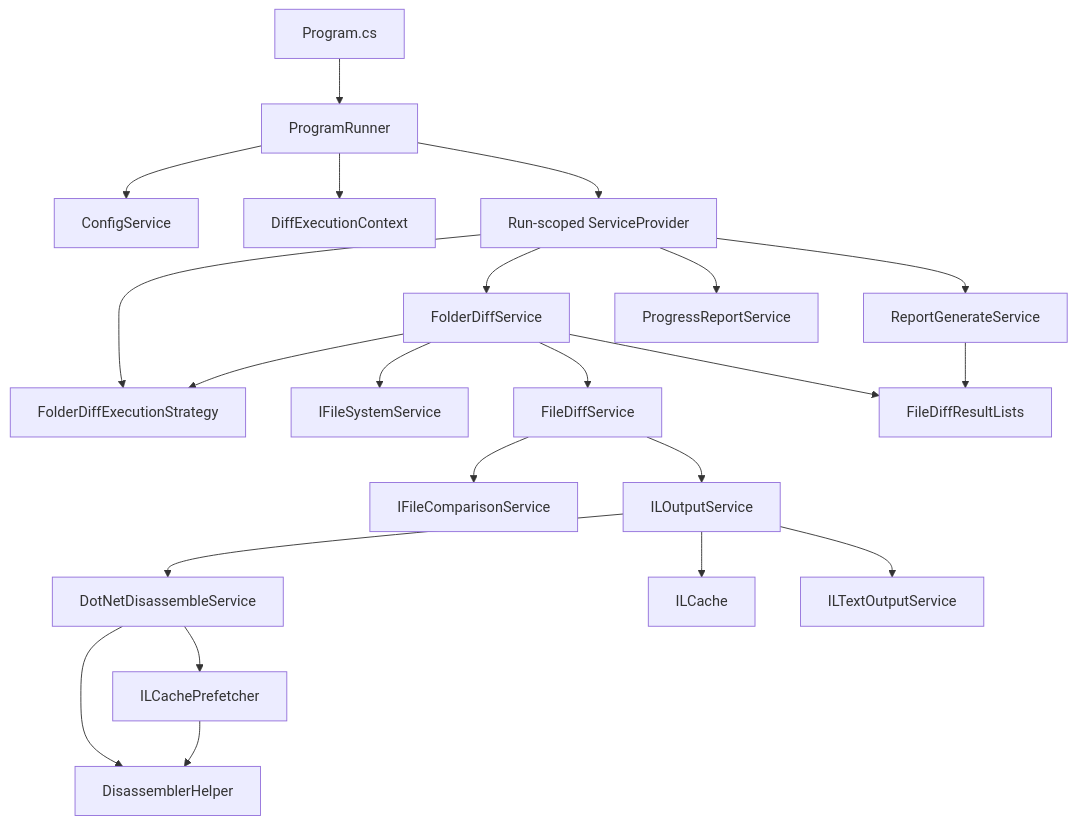
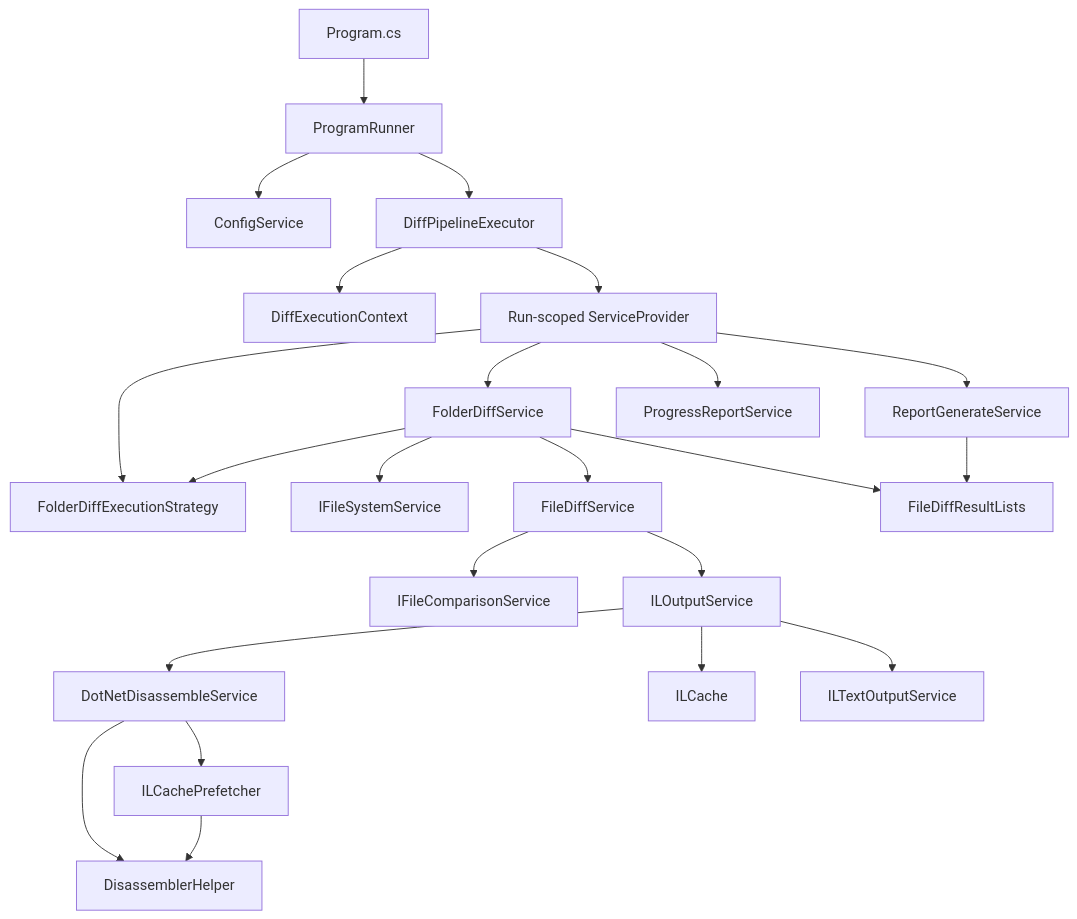
One commit to Widthdom/FolderDiffIL4DotNet changed the first of 10 diagrams in doc/DEVELOPER_GUIDE.md. Above: the diagram before and after it, drawn with Mermaid. The commit also changed other lines of this file and 3 other files, not shown here.

First line of the commit message:
Extract DiffPipelineExecutor from ProgramRunner for better separation of concerns

````diff
--- a/doc/DEVELOPER_GUIDE.md
+++ b/doc/DEVELOPER_GUIDE.md
@@ -217,25 +217,26 @@
 ```mermaid
 flowchart TD
     A["Program.cs"] --> B["ProgramRunner"]
     B --> C["ConfigService"]
-    B --> D["DiffExecutionContext"]
-    B --> E["Run-scoped ServiceProvider"]
+    B --> T["DiffPipelineExecutor"]
+    T --> D["DiffExecutionContext"]
+    T --> E["Run-scoped ServiceProvider"]
     E --> F["FolderDiffService"]
     E --> Q["FolderDiffExecutionStrategy"]
     E --> G["ReportGenerateService"]
     E --> H["ProgressReportService"]
     F --> I["IFileSystemService"]
     F --> Q
     F --> J["FileDiffService"]
     J --> K["IFileComparisonService"]
     J --> L["ILOutputService"]
     L --> M["DotNetDisassembleService"]
     M --> R["ILCachePrefetcher"]
     M --> S["DisassemblerHelper"]
     R --> S
     L --> N["ILCache"]
     L --> O["ILTextOutputService"]
     F --> P["FileDiffResultLists"]
     G --> P
     click P href "../Models/FileDiffResultLists.cs" "Open FileDiffResultLists"
 ```
````
